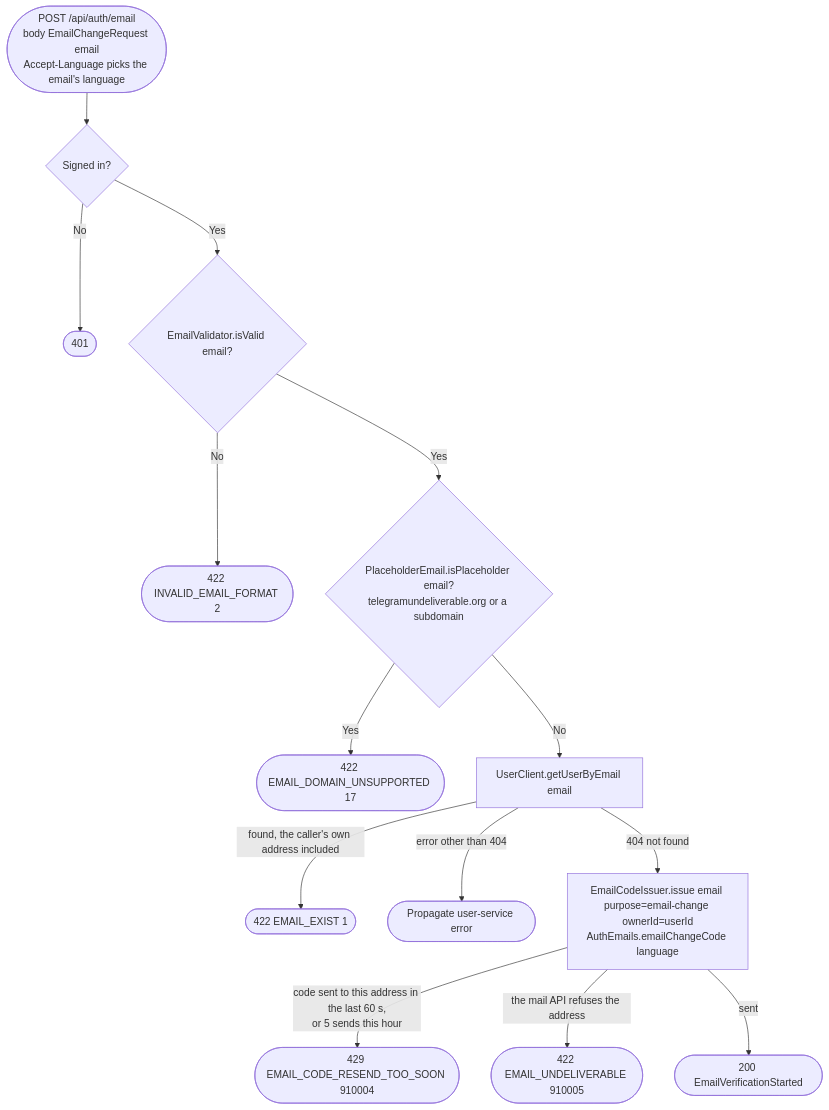
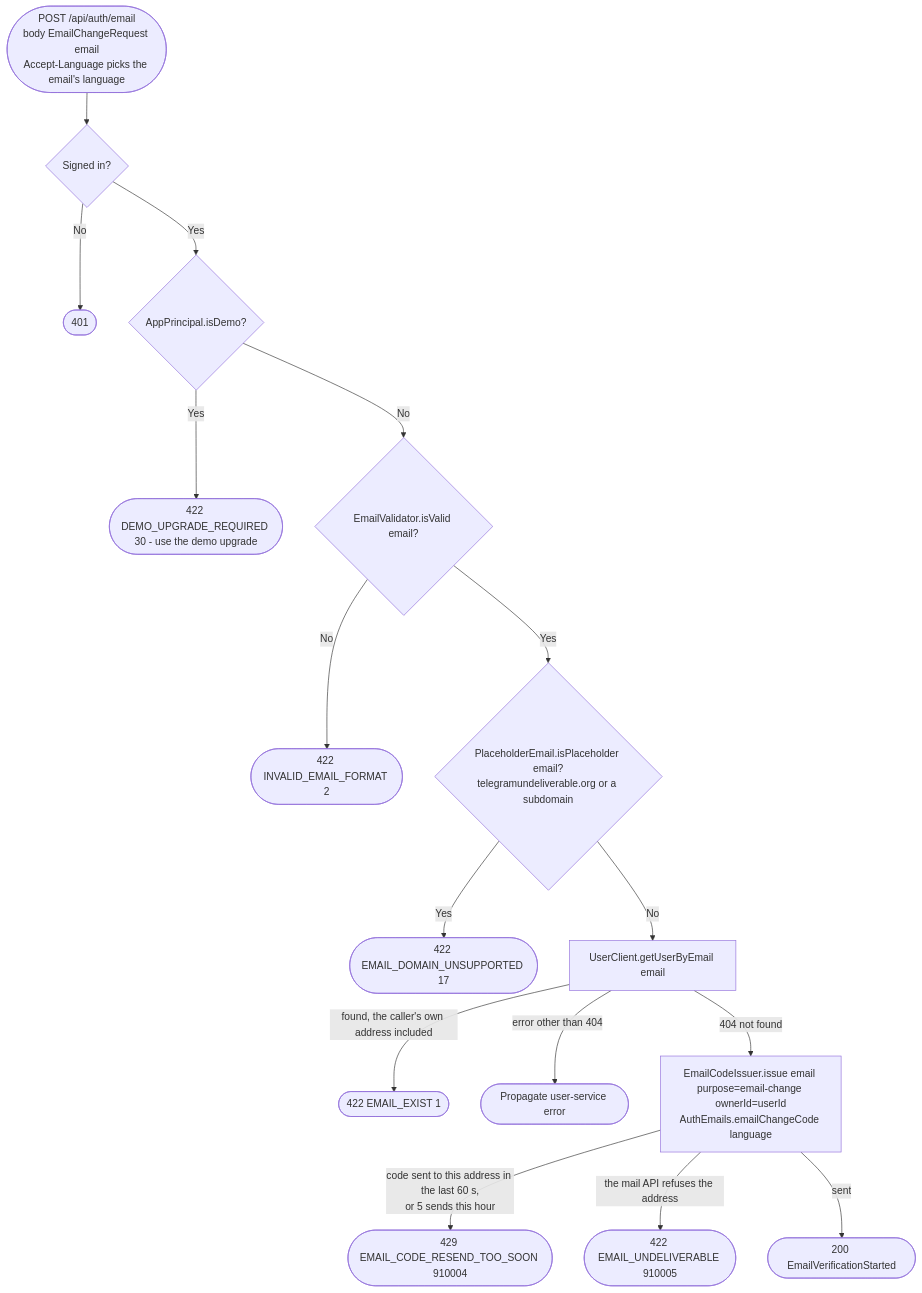
One commit to nocturneproperties/bookkme changed the diagram in docs/operations/authorization/start-email-change.md. Above: the diagram before and after it, drawn with Mermaid. The commit also changed other lines of this file and 9 other files, not shown here.

Commit message:
[ISSUE-205] send demo accounts to the upgrade instead of the regular email and passkey routes

````diff
--- a/docs/operations/authorization/start-email-change.md
+++ b/docs/operations/authorization/start-email-change.md
@@ -11,16 +13,18 @@
 ```mermaid
 flowchart TD
     Start([POST /api/auth/email<br/>body EmailChangeRequest email<br/>Accept-Language picks the email's language]) --> Auth{Signed in?}
     Auth -- No --> R401([401])
-    Auth -- Yes --> EmailFormat{EmailValidator.isValid email?}
+    Auth -- Yes --> DemoCheck{AppPrincipal.isDemo?}
+    DemoCheck -- Yes --> R422demo([422 DEMO_UPGRADE_REQUIRED 30 - use the demo upgrade])
+    DemoCheck -- No --> EmailFormat{EmailValidator.isValid email?}
     EmailFormat -- No --> R422a([422 INVALID_EMAIL_FORMAT 2])
     EmailFormat -- Yes --> Placeholder{PlaceholderEmail.isPlaceholder email?<br/>telegramundeliverable.org or a subdomain}
     Placeholder -- Yes --> R422d([422 EMAIL_DOMAIN_UNSUPPORTED 17])
     Placeholder -- No --> LookupUser[UserClient.getUserByEmail email]
     LookupUser -- found, the caller's own address included --> R422b([422 EMAIL_EXIST 1])
     LookupUser -- error other than 404 --> RErr([Propagate user-service error])
     LookupUser -- 404 not found --> Issue[EmailCodeIssuer.issue email purpose=email-change ownerId=userId<br/>AuthEmails.emailChangeCode language]
     Issue -- code sent to this address in the last 60 s,<br/>or 5 sends this hour --> R429([429 EMAIL_CODE_RESEND_TOO_SOON 910004])
     Issue -- the mail API refuses the address --> R422c([422 EMAIL_UNDELIVERABLE 910005])
     Issue -- sent --> R200([200 EmailVerificationStarted])
 ```
````
